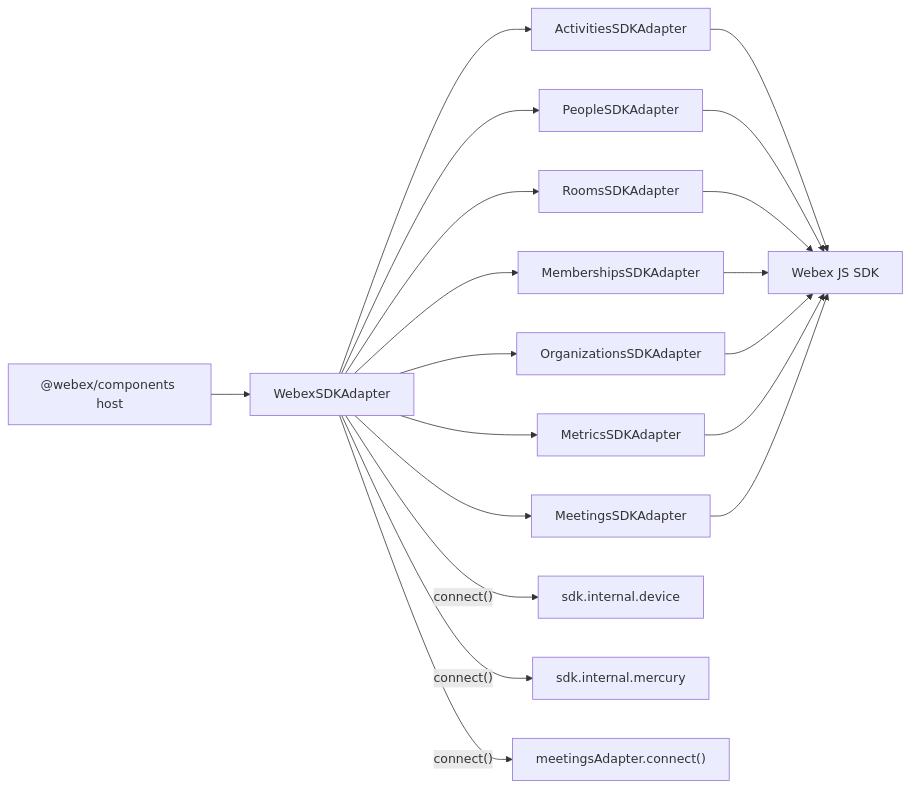
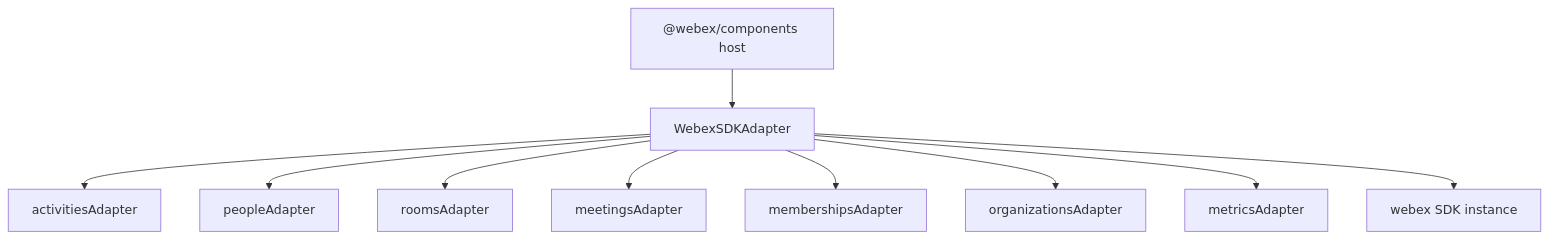
Before and after one commit to webex/sdk-component-adapter: the first of 3 diagrams in src/ai-docs/webex-sdk-adapter-spec.md, drawn with Mermaid. The commit also changed other lines of this file and 13 other files, not shown here.

````diff
--- a/src/ai-docs/webex-sdk-adapter-spec.md
+++ b/src/ai-docs/webex-sdk-adapter-spec.md
@@ -119,17 +109,12 @@
 ```mermaid
-flowchart LR
+flowchart TD
   Host["@webex/components host"] --> Facade["WebexSDKAdapter"]
-  Facade --> Activities["ActivitiesSDKAdapter"]
-  Facade --> People["PeopleSDKAdapter"]
-  Facade --> Rooms["RoomsSDKAdapter"]
-  Facade --> Meetings["MeetingsSDKAdapter"]
-  Facade --> Memberships["MembershipsSDKAdapter"]
-  Facade --> Orgs["OrganizationsSDKAdapter"]
-  Facade --> Metrics["MetricsSDKAdapter"]
-  Facade -->|"connect()"| Device["sdk.internal.device"]
-  Facade -->|"connect()"| Mercury["sdk.internal.mercury"]
-  Facade -->|"connect()"| MeetPlugin["meetingsAdapter.connect()"]
-  Activities & People & Rooms & Memberships --> SDK["Webex JS SDK"]
-  Orgs & Metrics --> SDK
-  Meetings --> SDK
+  Facade --> Activities["activitiesAdapter"]
+  Facade --> People["peopleAdapter"]
+  Facade --> Rooms["roomsAdapter"]
+  Facade --> Meetings["meetingsAdapter"]
+  Facade --> Memberships["membershipsAdapter"]
+  Facade --> Orgs["organizationsAdapter"]
+  Facade --> Metrics["metricsAdapter"]
+  Facade --> SDK["webex SDK instance"]
 ```
````
